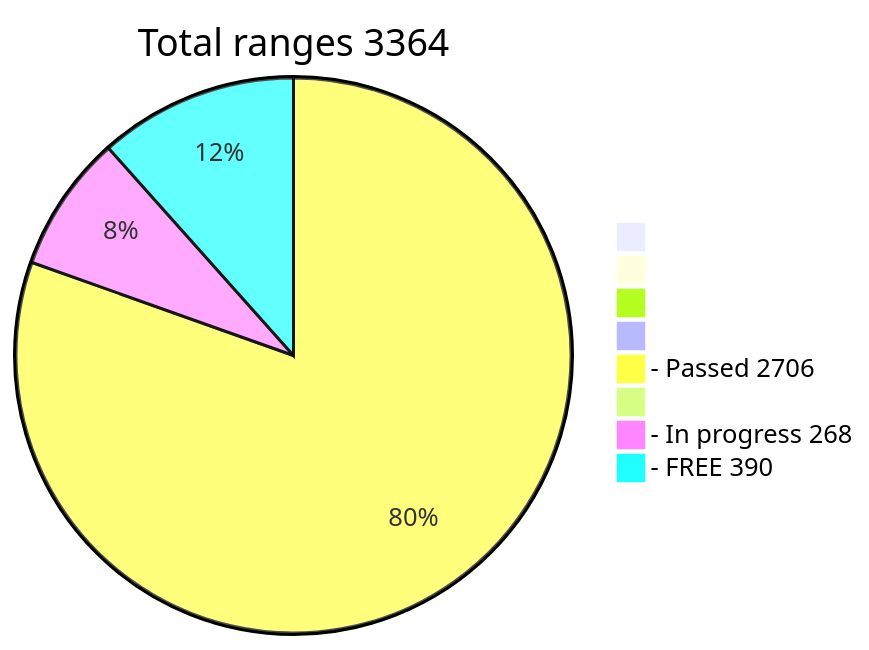
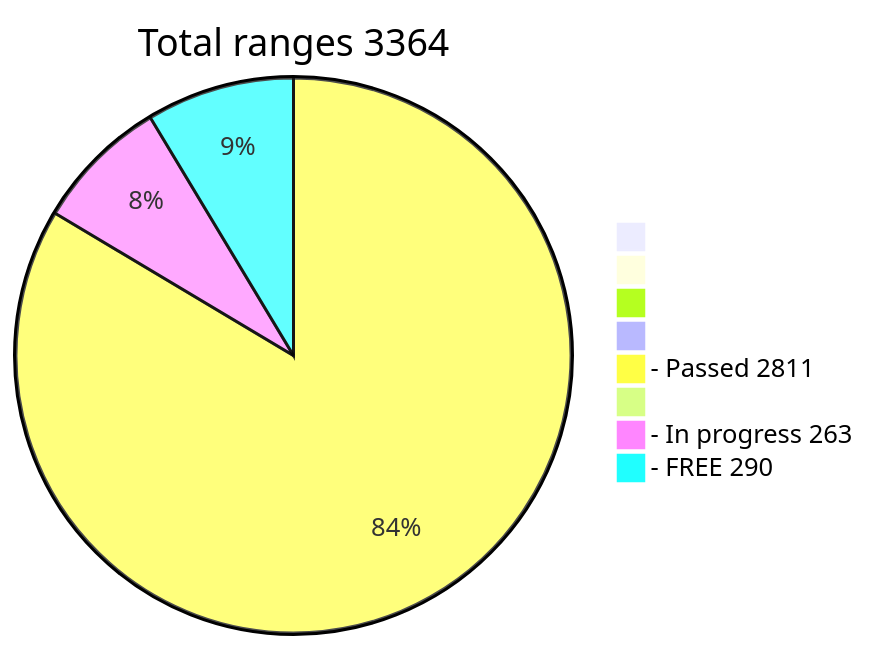
One commit to phrutis/wif500 changed the diagram in README.md. Above: the diagram before and after it, drawn with Mermaid.

````diff
--- a/README.md
+++ b/README.md
@@ -16,12 +16,12 @@
 ```mermaid
 pie title Total ranges 3364
              " " : 0
             "  " : 0
            "   " : 0
           "    " : 0
-  "- Passed 2706" : 2706
+  "- Passed 2811" : 2811
          "     " : 0
-  "- In progress 268" : 268
-   "- FREE 390" : 390
+  "- In progress 263" : 263
+   "- FREE 290" : 290
    
 ```
````
